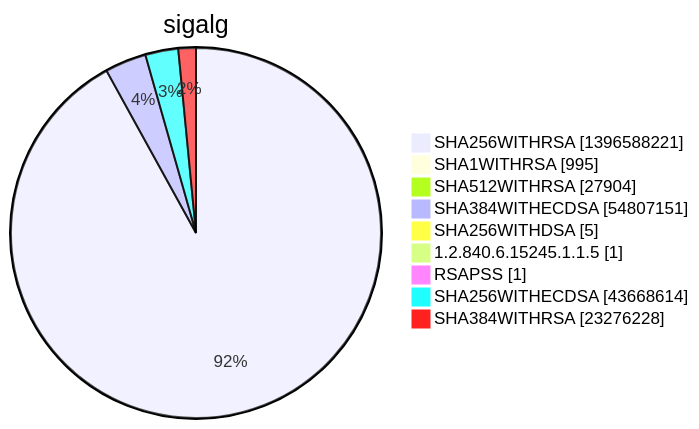
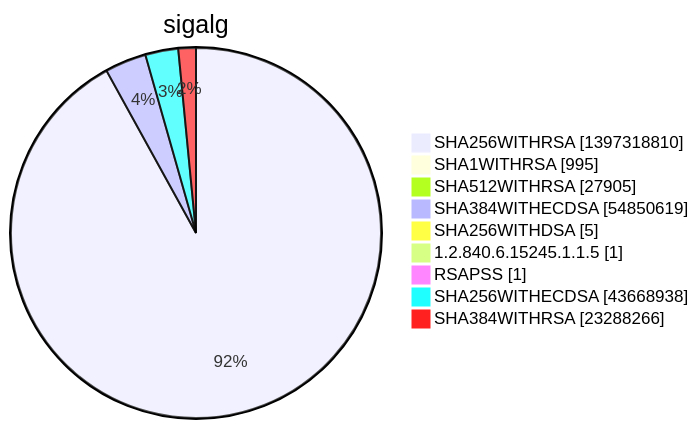
Before and after one commit to christiankrug/ctmonitor_visualization: diagram 15 of 15 in xenon2022/README.md, drawn with Mermaid. The commit also changed other lines of this file, not shown here.

````diff
--- a/xenon2022/README.md
+++ b/xenon2022/README.md
@@ -5855,13 +5855,13 @@
 ```mermaid
 pie showData
 title sigalg
-"SHA256WITHRSA" :1396588221
+"SHA256WITHRSA" :1397318810
 "SHA1WITHRSA" :995
-"SHA512WITHRSA" :27904
-"SHA384WITHECDSA" :54807151
+"SHA512WITHRSA" :27905
+"SHA384WITHECDSA" :54850619
 "SHA256WITHDSA" :5
 "1.2.840.6.15245.1.1.5" :1
 "RSAPSS" :1
-"SHA256WITHECDSA" :43668614
-"SHA384WITHRSA" :23276228
+"SHA256WITHECDSA" :43668938
+"SHA384WITHRSA" :23288266
 ```
````
